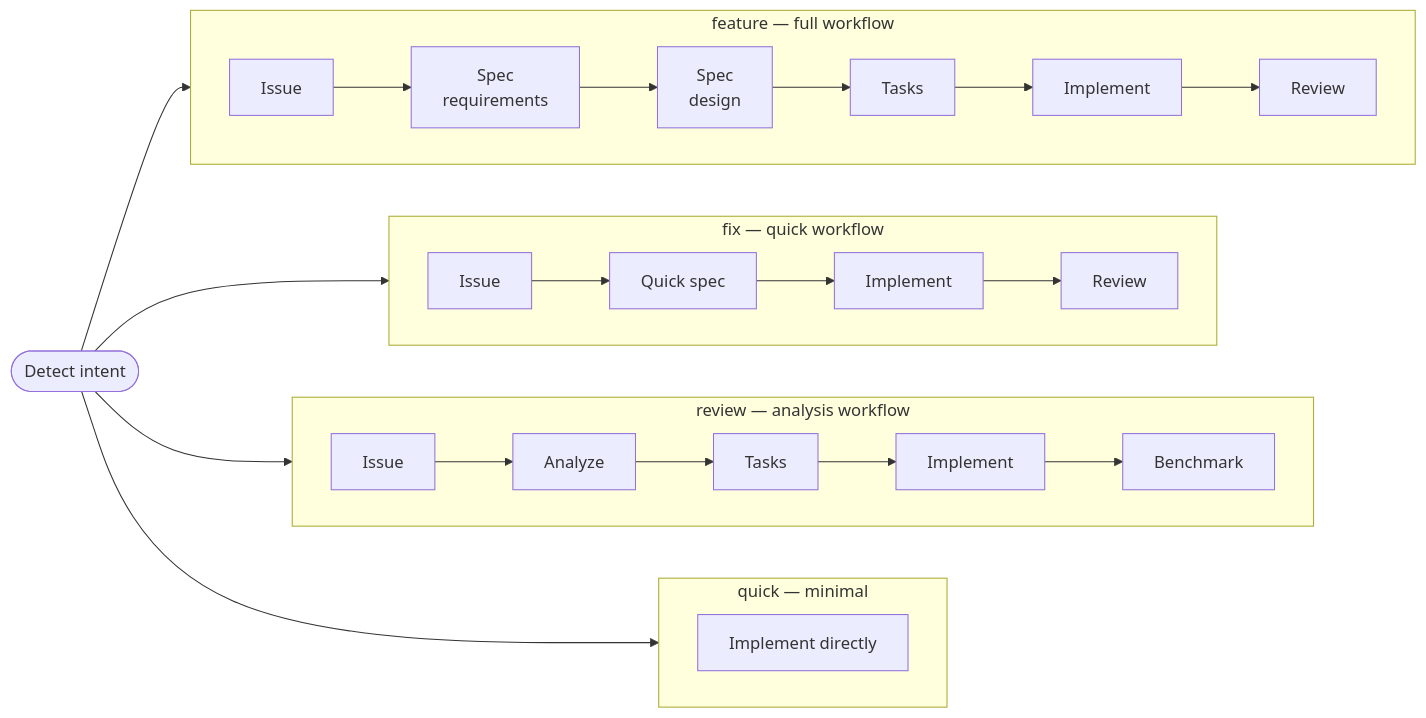
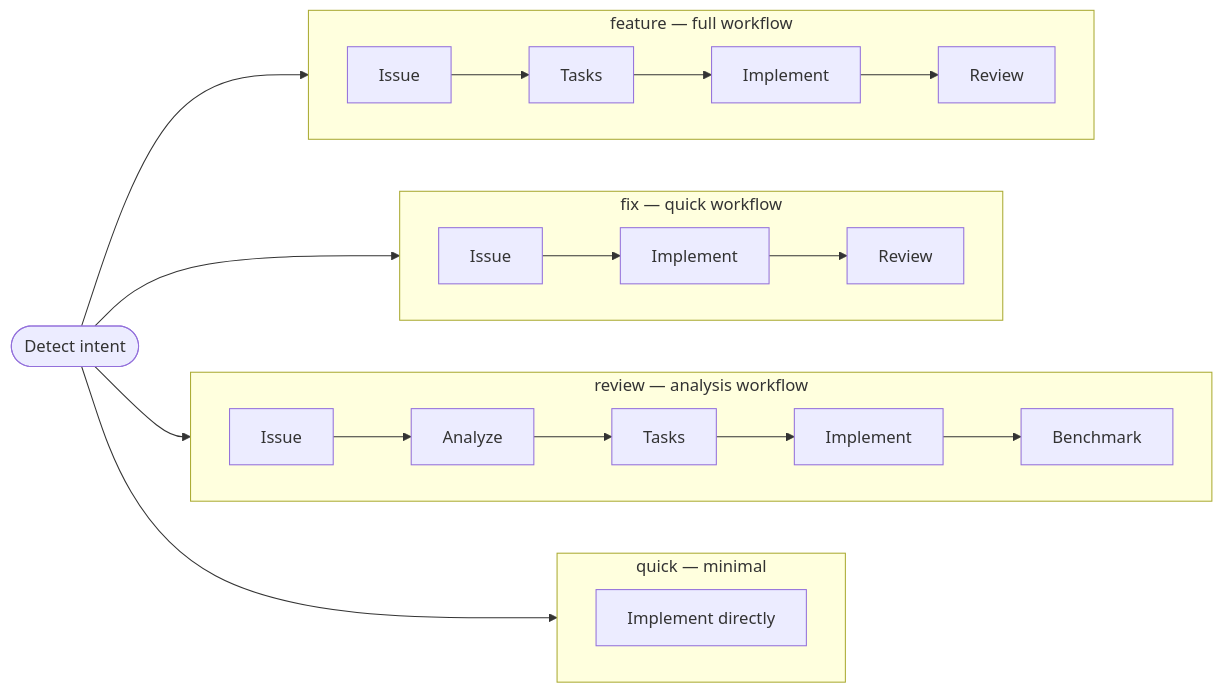
The second of 4 diagrams in README.md (matlockx/workflow), drawn with Mermaid before and after one commit. The commit also changed other lines of this file and 22 other files, not shown here.

````diff
--- a/README.md
+++ b/README.md
@@ -273,27 +260,27 @@
 ```mermaid
 flowchart LR
     Intent([Detect intent]) --> F
     Intent --> B
     Intent --> R
     Intent --> Q
 
     subgraph F [" feature — full workflow"]
         direction LR
-        F1[Issue] --> F2["Spec<br/>requirements"] --> F3["Spec<br/>design"] --> F4[Tasks] --> F5[Implement] --> F6[Review]
+        F1[Issue] --> F2[Tasks] --> F3[Implement] --> F4[Review]
     end
 
     subgraph B [" fix — quick workflow"]
         direction LR
-        X1[Issue] --> X2[Quick spec] --> X3[Implement] --> X4[Review]
+        X1[Issue] --> X2[Implement] --> X3[Review]
     end
 
     subgraph R [" review — analysis workflow"]
         direction LR
         R1[Issue] --> R2[Analyze] --> R3[Tasks] --> R4[Implement] --> R5[Benchmark]
     end
 
     subgraph Q [" quick — minimal"]
         direction LR
         Q1[Implement directly]
     end
 ```
````
